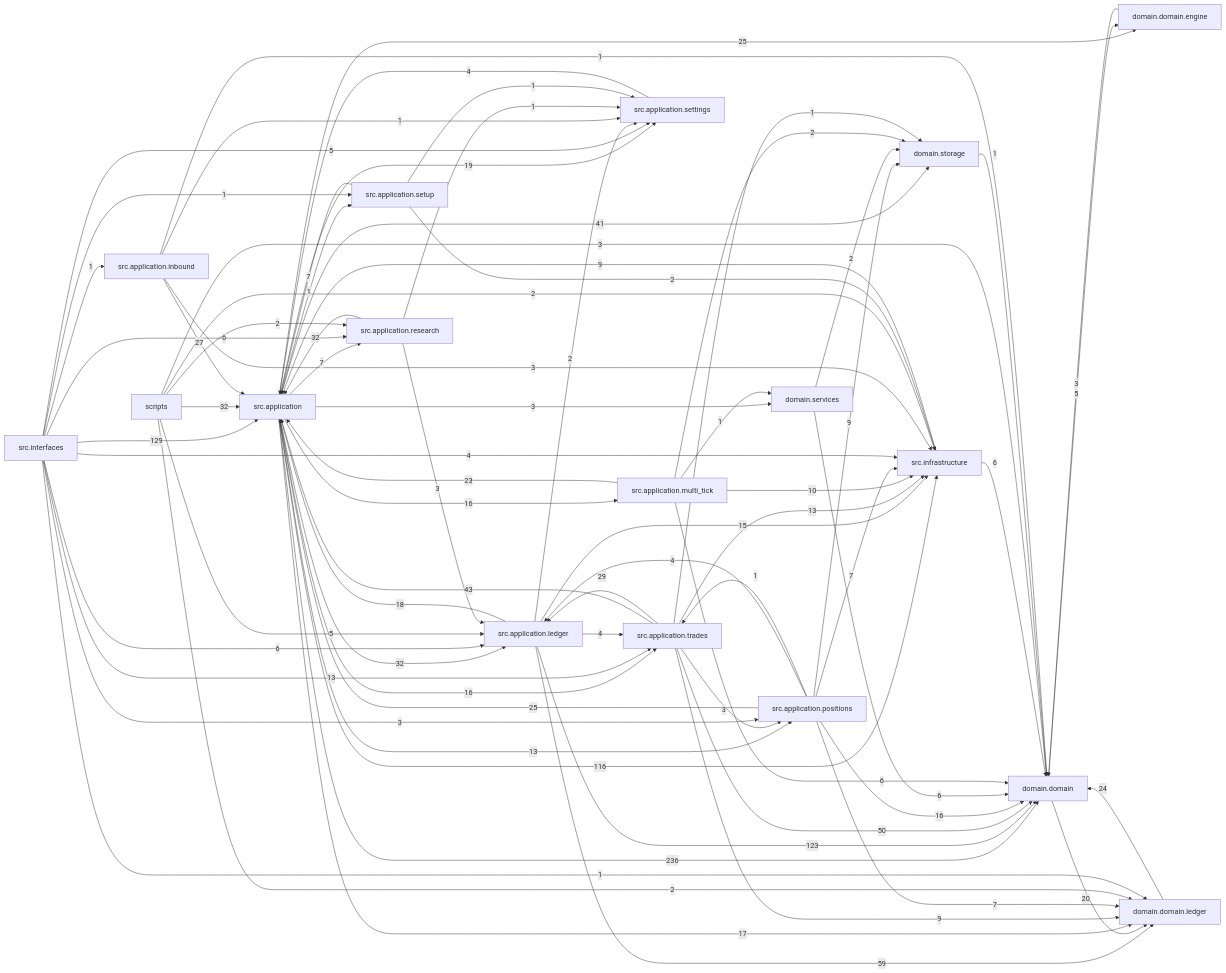
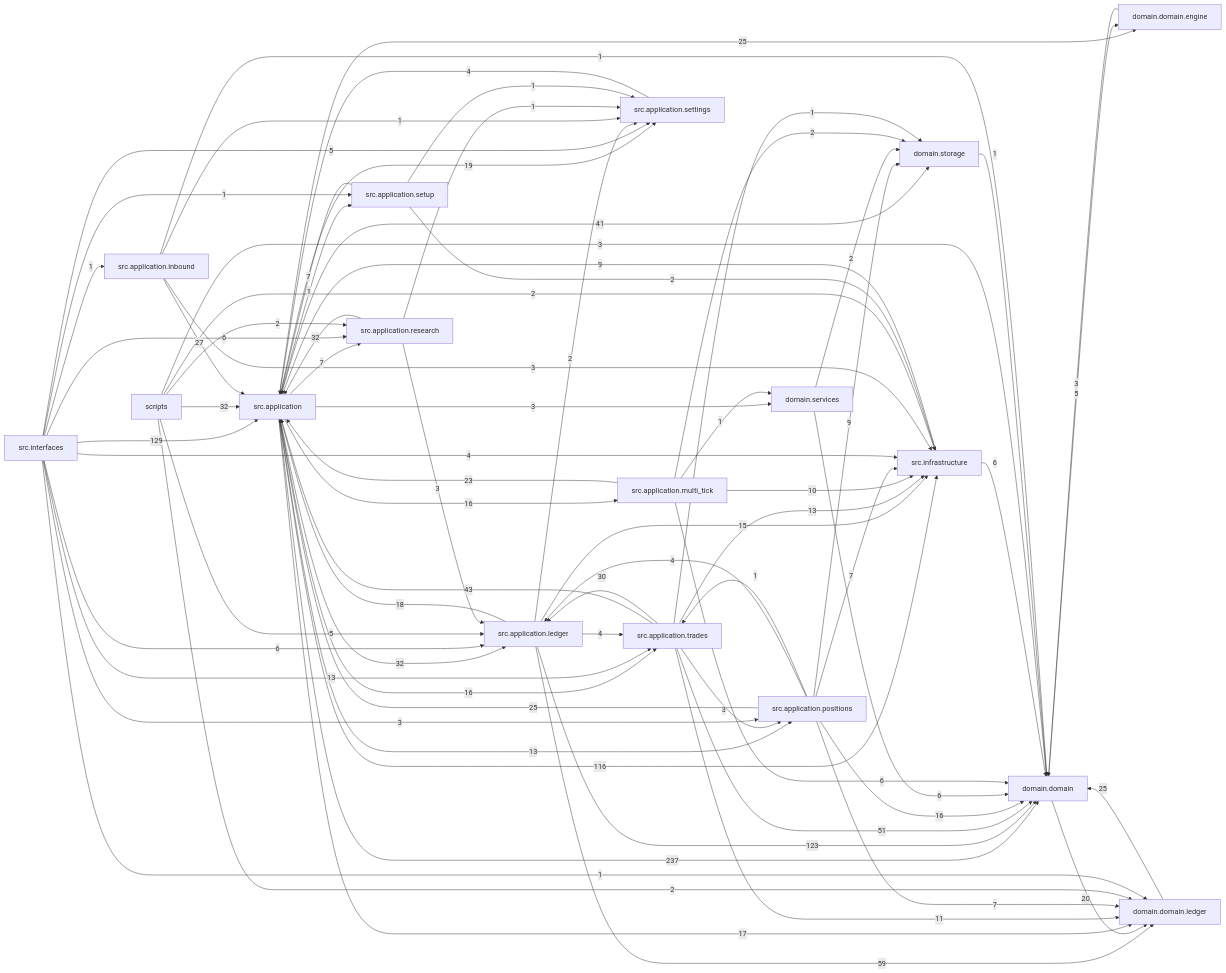
Before and after one commit to liuxie066/options-monitor: the diagram in docs/dependency_graph.mmd, drawn with Mermaid. The commit also changed 17 other files, not shown here.

```diff
--- a/docs/dependency_graph.mmd
+++ b/docs/dependency_graph.mmd
@@ -1,75 +1,75 @@
 flowchart LR
-  src_application["src.application"] -->|236| domain_domain["domain.domain"]
+  src_application["src.application"] -->|237| domain_domain["domain.domain"]
   src_interfaces["src.interfaces"] -->|129| src_application["src.application"]
   src_application_ledger["src.application.ledger"] -->|123| domain_domain["domain.domain"]
   src_application["src.application"] -->|116| src_infrastructure["src.infrastructure"]
   src_application_ledger["src.application.ledger"] -->|59| domain_domain_ledger["domain.domain.ledger"]
-  src_application_trades["src.application.trades"] -->|50| domain_domain["domain.domain"]
+  src_application_trades["src.application.trades"] -->|51| domain_domain["domain.domain"]
   src_application_trades["src.application.trades"] -->|43| src_application["src.application"]
   src_application["src.application"] -->|41| domain_storage["domain.storage"]
   scripts["scripts"] -->|32| src_application["src.application"]
   src_application["src.application"] -->|32| src_application_ledger["src.application.ledger"]
   src_application_research["src.application.research"] -->|32| src_application["src.application"]
-  src_application_trades["src.application.trades"] -->|29| src_application_ledger["src.application.ledger"]
+  src_application_trades["src.application.trades"] -->|30| src_application_ledger["src.application.ledger"]
   src_application_inbound["src.application.inbound"] -->|27| src_application["src.application"]
+  domain_domain_ledger["domain.domain.ledger"] -->|25| domain_domain["domain.domain"]
   src_application["src.application"] -->|25| domain_domain_engine["domain.domain.engine"]
   src_application_positions["src.application.positions"] -->|25| src_application["src.application"]
-  domain_domain_ledger["domain.domain.ledger"] -->|24| domain_domain["domain.domain"]
   src_application_multi_tick["src.application.multi_tick"] -->|23| src_application["src.application"]
   domain_domain["domain.domain"] -->|20| domain_domain_ledger["domain.domain.ledger"]
   src_application["src.application"] -->|19| src_application_settings["src.application.settings"]
   src_application_ledger["src.application.ledger"] -->|18| src_application["src.application"]
   src_application["src.application"] -->|17| domain_domain_ledger["domain.domain.ledger"]
   src_application["src.application"] -->|16| src_application_multi_tick["src.application.multi_tick"]
   src_application["src.application"] -->|16| src_application_trades["src.application.trades"]
   src_application_positions["src.application.positions"] -->|16| domain_domain["domain.domain"]
   src_application_ledger["src.application.ledger"] -->|15| src_infrastructure["src.infrastructure"]
   src_application["src.application"] -->|13| src_application_positions["src.application.positions"]
   src_application_trades["src.application.trades"] -->|13| src_infrastructure["src.infrastructure"]
   src_interfaces["src.interfaces"] -->|13| src_application_trades["src.application.trades"]
+  src_application_trades["src.application.trades"] -->|11| domain_domain_ledger["domain.domain.ledger"]
   src_application_multi_tick["src.application.multi_tick"] -->|10| src_infrastructure["src.infrastructure"]
   src_application_positions["src.application.positions"] -->|9| domain_storage["domain.storage"]
-  src_application_trades["src.application.trades"] -->|9| domain_domain_ledger["domain.domain.ledger"]
   src_infrastructure["src.infrastructure"] -->|9| src_application["src.application"]
   src_application["src.application"] -->|7| src_application_research["src.application.research"]
   src_application_positions["src.application.positions"] -->|7| domain_domain_ledger["domain.domain.ledger"]
   src_application_positions["src.application.positions"] -->|7| src_infrastructure["src.infrastructure"]
   src_application_setup["src.application.setup"] -->|7| src_application["src.application"]
   domain_services["domain.services"] -->|6| domain_domain["domain.domain"]
   src_application_multi_tick["src.application.multi_tick"] -->|6| domain_domain["domain.domain"]
   src_infrastructure["src.infrastructure"] -->|6| domain_domain["domain.domain"]
   src_interfaces["src.interfaces"] -->|6| src_application_ledger["src.application.ledger"]
   src_interfaces["src.interfaces"] -->|6| src_application_research["src.application.research"]
   domain_domain["domain.domain"] -->|5| domain_domain_engine["domain.domain.engine"]
   scripts["scripts"] -->|5| src_application_ledger["src.application.ledger"]
   src_interfaces["src.interfaces"] -->|5| src_application_settings["src.application.settings"]
   src_application_ledger["src.application.ledger"] -->|4| src_application_trades["src.application.trades"]
   src_application_positions["src.application.positions"] -->|4| src_application_ledger["src.application.ledger"]
   src_application_settings["src.application.settings"] -->|4| src_application["src.application"]
   src_interfaces["src.interfaces"] -->|4| src_infrastructure["src.infrastructure"]
   domain_domain_engine["domain.domain.engine"] -->|3| domain_domain["domain.domain"]
   scripts["scripts"] -->|3| domain_domain["domain.domain"]
   src_application["src.application"] -->|3| domain_services["domain.services"]
   src_application_inbound["src.application.inbound"] -->|3| src_infrastructure["src.infrastructure"]
   src_application_research["src.application.research"] -->|3| src_application_ledger["src.application.ledger"]
   src_application_trades["src.application.trades"] -->|3| src_application_positions["src.application.positions"]
   src_interfaces["src.interfaces"] -->|3| src_application_positions["src.application.positions"]
   domain_services["domain.services"] -->|2| domain_storage["domain.storage"]
   scripts["scripts"] -->|2| domain_domain_ledger["domain.domain.ledger"]
   scripts["scripts"] -->|2| src_application_research["src.application.research"]
   scripts["scripts"] -->|2| src_infrastructure["src.infrastructure"]
   src_application_ledger["src.application.ledger"] -->|2| src_application_settings["src.application.settings"]
   src_application_multi_tick["src.application.multi_tick"] -->|2| domain_storage["domain.storage"]
   src_application_setup["src.application.setup"] -->|2| src_infrastructure["src.infrastructure"]
   domain_storage["domain.storage"] -->|1| domain_domain["domain.domain"]
   src_application["src.application"] -->|1| src_application_setup["src.application.setup"]
   src_application_inbound["src.application.inbound"] -->|1| domain_domain["domain.domain"]
   src_application_inbound["src.application.inbound"] -->|1| src_application_settings["src.application.settings"]
   src_application_multi_tick["src.application.multi_tick"] -->|1| domain_services["domain.services"]
   src_application_positions["src.application.positions"] -->|1| src_application_trades["src.application.trades"]
   src_application_research["src.application.research"] -->|1| src_application_settings["src.application.settings"]
   src_application_setup["src.application.setup"] -->|1| src_application_settings["src.application.settings"]
   src_application_trades["src.application.trades"] -->|1| domain_storage["domain.storage"]
   src_interfaces["src.interfaces"] -->|1| domain_domain_ledger["domain.domain.ledger"]
   src_interfaces["src.interfaces"] -->|1| src_application_inbound["src.application.inbound"]
   src_interfaces["src.interfaces"] -->|1| src_application_setup["src.application.setup"]
```
